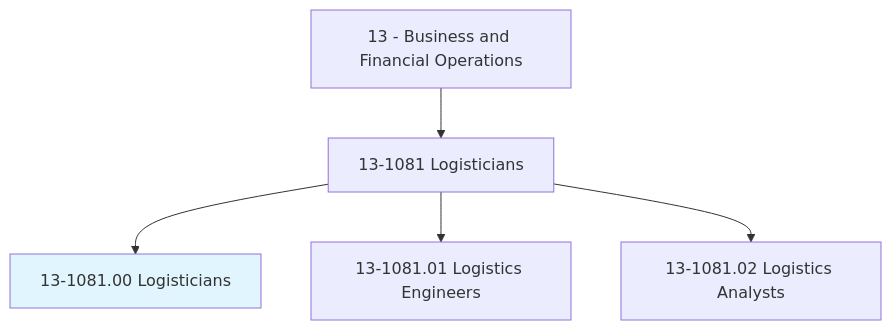
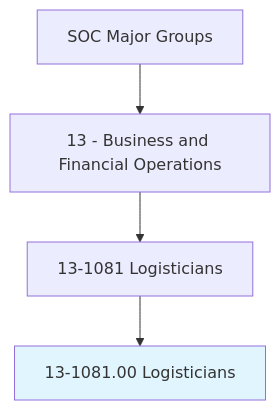
Before and after one commit to kziemski/business.org.ai: the first of 4 diagrams in occupations/Business/Logisticians.mdx, drawn with Mermaid. The commit also changed other lines of this file and 938 other files, not shown here.

````diff
--- a/occupations/Business/Logisticians.mdx
+++ b/occupations/Business/Logisticians.mdx
@@ -19,8 +25,7 @@
 ```mermaid
 graph TD
-    Cat13["13 - Business and Financial Operations"] --> Group131081["13-1081 Logisticians"]
-    Group131081 --> Current["13-1081.00 Logisticians"]
+    SOC["SOC Major Groups"] --> Cat13["13 - Business and Financial Operations"]
+    Cat13 --> G131081["13-1081 Logisticians"]
+    G131081 --> Current["13-1081.00 Logisticians"]
     style Current fill:#e1f5fe
-    Group131081 --> V13108101["13-1081.01 Logistics Engineers"]
-    Group131081 --> V13108102["13-1081.02 Logistics Analysts"]
 ```
````
